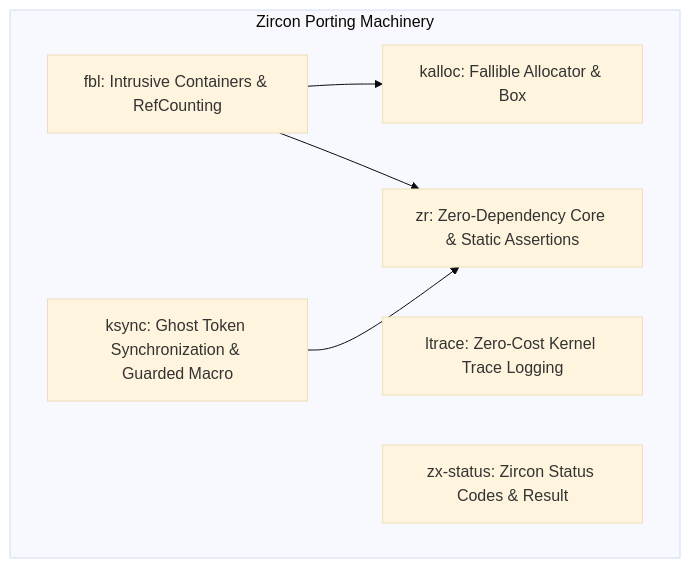
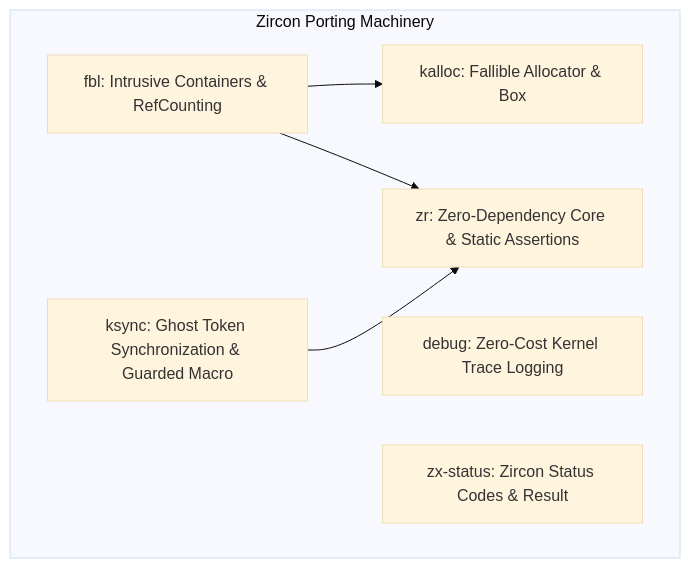
The diagram in zircon/skills/cpp-to-rust-rubric/SKILL.md (misttech/fuchsia), drawn with Mermaid (base theme) before and after one commit. The commit also changed other lines of this file and 3 other files, not shown here.

````diff
--- a/zircon/skills/cpp-to-rust-rubric/SKILL.md
+++ b/zircon/skills/cpp-to-rust-rubric/SKILL.md
@@ -91,15 +91,15 @@
 ```mermaid
 graph TD
     subgraph "Zircon Porting Machinery"
         ZR[zr: Zero-Dependency Core & Static Assertions]
         KAlloc[kalloc: Fallible Allocator & Box]
         KSync[ksync: Ghost Token Synchronization & Guarded Macro]
         FBL[fbl: Intrusive Containers & RefCounting]
-        LTrace[ltrace: Zero-Cost Kernel Trace Logging]
+        LTrace[debug: Zero-Cost Kernel Trace Logging]
         ZXStatus[zx-status: Zircon Status Codes & Result]
     end
 
     FBL --> KAlloc
     FBL --> ZR
     KSync --> ZR
 ```
````
